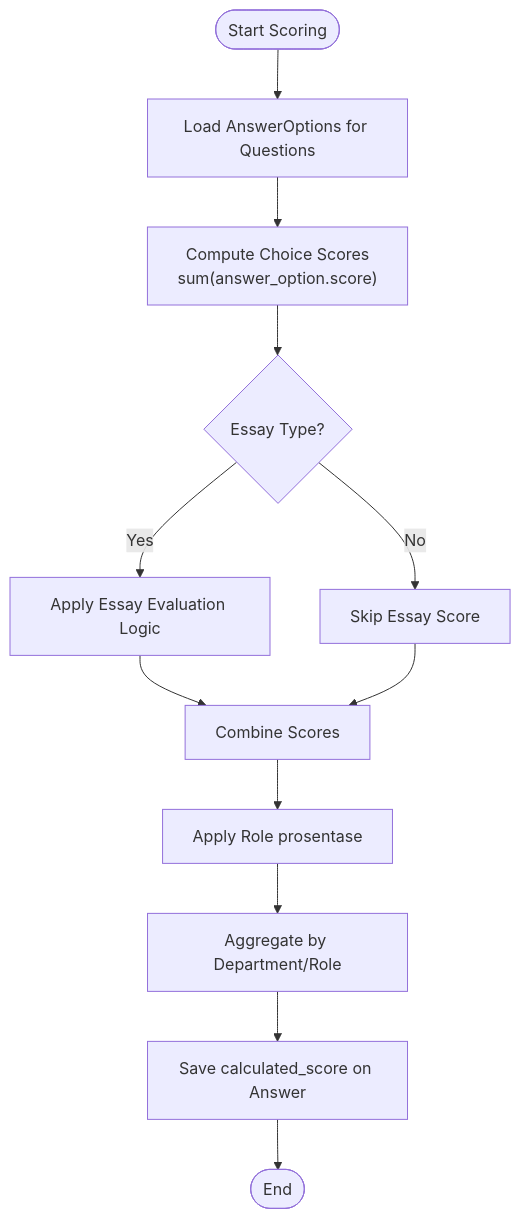
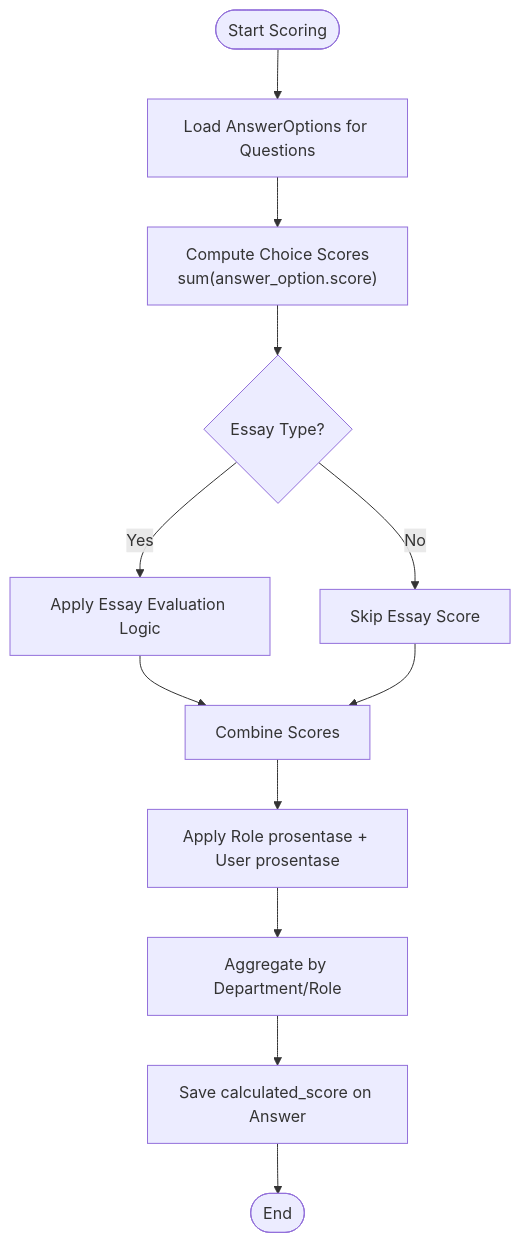
Before and after one commit to rudicatsmile/assesment360: the fifth of 7 diagrams in .qoder/repowiki/en/content/Data Models & Database Schema/Data Models & Database Schema.md, drawn with Mermaid. The commit also changed other lines of this file and 10 other files, not shown here.

First line of the commit message:
feat(auth): enhance user model with slug and prosentase fields

````diff
--- a/.qoder/repowiki/en/content/Data Models & Database Schema/Data Models & Database Schema.md
+++ b/.qoder/repowiki/en/content/Data Models & Database Schema/Data Models & Database Schema.md
@@ -406,14 +434,14 @@
 ```mermaid
 flowchart TD
 Start(["Start Scoring"]) --> LoadOpts["Load AnswerOptions for Questions"]
 LoadOpts --> ComputeChoice["Compute Choice Scores<br/>sum(answer_option.score)"]
 ComputeChoice --> EssayCheck{"Essay Type?"}
 EssayCheck --> |Yes| EssayScore["Apply Essay Evaluation Logic"]
 EssayCheck --> |No| SkipEssay["Skip Essay Score"]
 EssayScore --> Combine["Combine Scores"]
 SkipEssay --> Combine
-Combine --> Weight["Apply Role prosentase"]
+Combine --> Weight["Apply Role prosentase + User prosentase"]
 Weight --> Aggregate["Aggregate by Department/Role"]
 Aggregate --> Save["Save calculated_score on Answer"]
 Save --> End(["End"])
 ```
````
